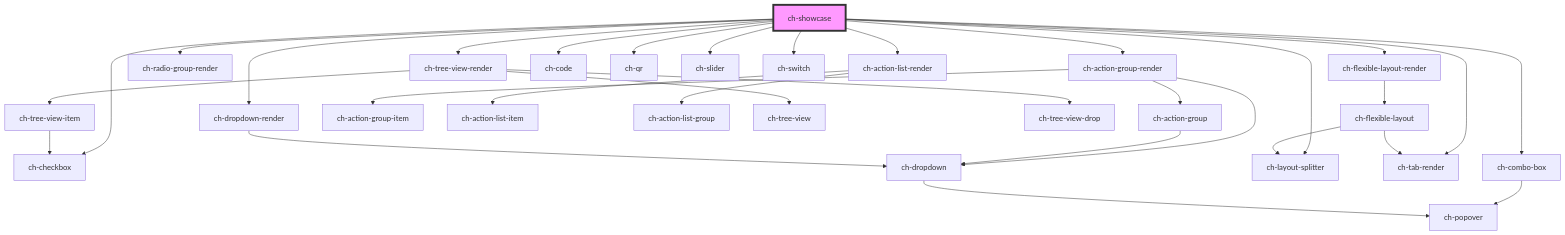
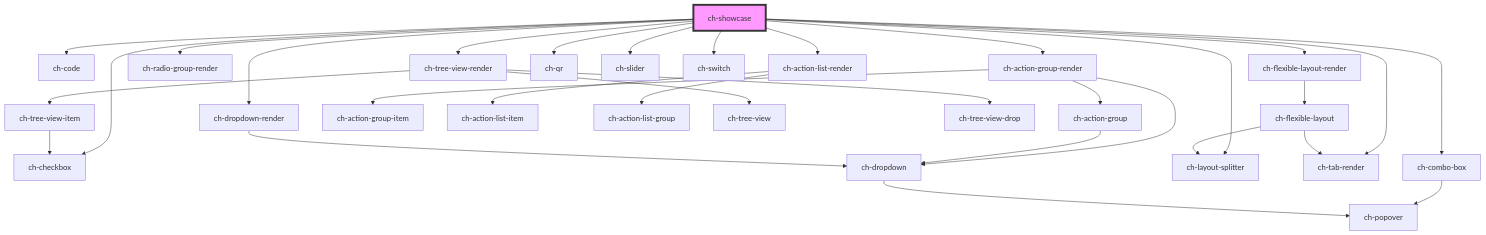
Before and after one commit to genexuslabs/chameleon-controls-library: the diagram in src/showcase/assets/components/readme.md, drawn with Mermaid. The commit also changed other lines of this file, not shown here.

````diff
--- a/src/showcase/assets/components/readme.md
+++ b/src/showcase/assets/components/readme.md
@@ -38,34 +38,34 @@
 ```mermaid
 graph TD;
+  ch-showcase --> ch-code
   ch-showcase --> ch-flexible-layout-render
   ch-showcase --> ch-checkbox
   ch-showcase --> ch-combo-box
   ch-showcase --> ch-radio-group-render
   ch-showcase --> ch-action-group-render
   ch-showcase --> ch-action-list-render
-  ch-showcase --> ch-code
   ch-showcase --> ch-dropdown-render
   ch-showcase --> ch-layout-splitter
   ch-showcase --> ch-qr
   ch-showcase --> ch-slider
   ch-showcase --> ch-switch
   ch-showcase --> ch-tab-render
   ch-showcase --> ch-tree-view-render
   ch-flexible-layout-render --> ch-flexible-layout
   ch-flexible-layout --> ch-tab-render
   ch-flexible-layout --> ch-layout-splitter
   ch-combo-box --> ch-popover
   ch-action-group-render --> ch-dropdown
   ch-action-group-render --> ch-action-group
   ch-action-group-render --> ch-action-group-item
   ch-dropdown --> ch-popover
   ch-action-group --> ch-dropdown
   ch-action-list-render --> ch-action-list-item
   ch-action-list-render --> ch-action-list-group
   ch-dropdown-render --> ch-dropdown
   ch-tree-view-render --> ch-tree-view
   ch-tree-view-render --> ch-tree-view-drop
   ch-tree-view-render --> ch-tree-view-item
   ch-tree-view-item --> ch-checkbox
   style ch-showcase fill:#f9f,stroke:#333,stroke-width:4px
 ```
````
